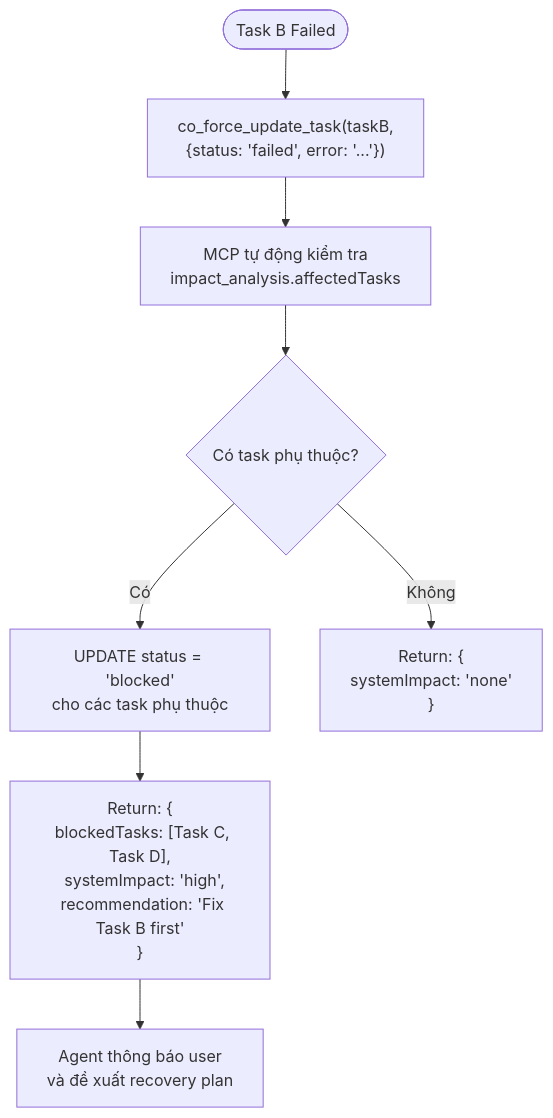
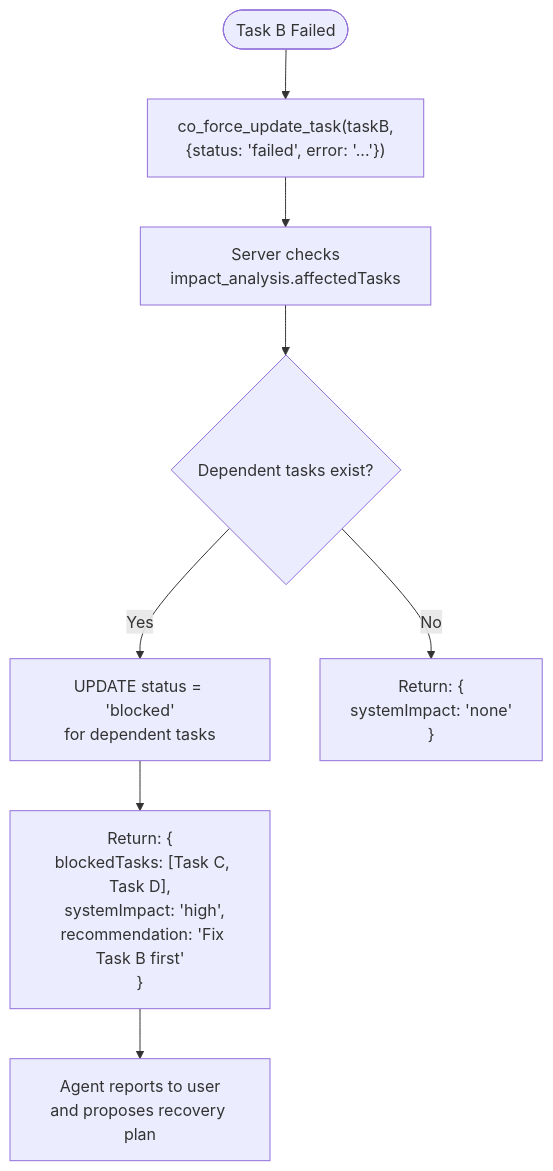
Diagram 11 of 29 in docs/URD.md (hiimtrung/co-force), drawn with Mermaid before and after one commit. The commit also changed other lines of this file and 17 other files, not shown here.

````diff
--- a/docs/URD.md
+++ b/docs/URD.md
@@ -821,12 +744,12 @@
 ```mermaid
 flowchart TD
     Fail(["Task B Failed"]) --> UpdateFail["co_force_update_task(taskB,<br/>{status: 'failed', error: '...'})"]
-    UpdateFail --> CheckImpact["MCP tự động kiểm tra<br/>impact_analysis.affectedTasks"]
+    UpdateFail --> CheckImpact["Server checks<br/>impact_analysis.affectedTasks"]
 
-    CheckImpact --> HasDependent{Có task phụ thuộc?}
-    HasDependent -->|Có| BlockDependents["UPDATE status = 'blocked'<br/>cho các task phụ thuộc"]
-    BlockDependents --> Notify["Return: {<br/>  blockedTasks: [Task C, Task D],<br/>  systemImpact: 'high',<br/>  recommendation: 'Fix Task B first'<br/>}"]
-    HasDependent -->|Không| NoImpact["Return: {<br/>  systemImpact: 'none'<br/>}"]
+    CheckImpact --> HasDependent{Dependent tasks exist?}
+    HasDependent -->|Yes| BlockDependents["UPDATE status = 'blocked'<br/>for dependent tasks"]
+    BlockDependents --> Notify["Return: {<br/>  blockedTasks: [Task C, Task D],<br/>  systemImpact: 'high',<br/>  recommendation: 'Fix Task B first'<br>}"]
+    HasDependent -->|No| NoImpact["Return: {<br/>  systemImpact: 'none'<br>}"]
 
-    Notify --> AgentDecide["Agent thông báo user<br/>và đề xuất recovery plan"]
+    Notify --> AgentDecide["Agent reports to user<br/>and proposes recovery plan"]
 ```
````
